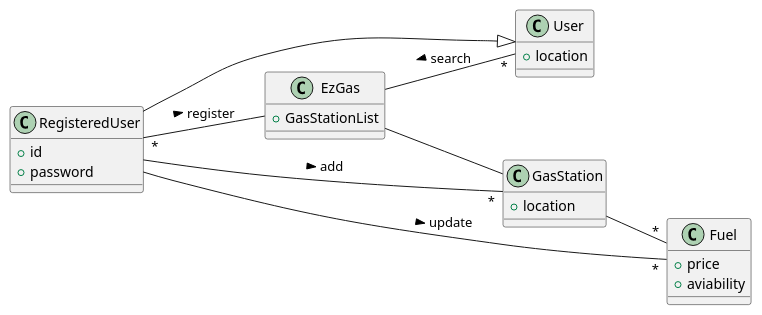
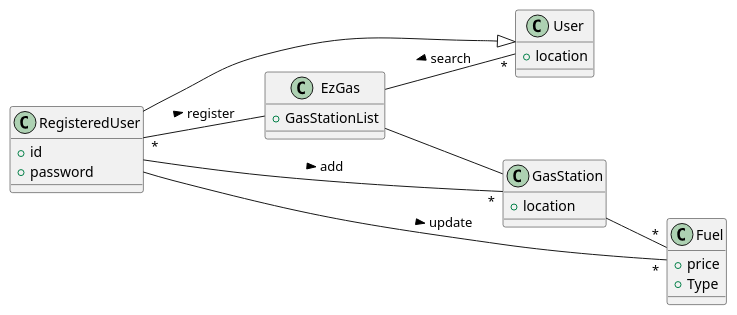
Before and after one commit to MattiaRiola/ezgas: the third of 5 diagrams in docs/RequirementsDocument.md, drawn with PlantUML. The commit also changed other lines of this file, not shown here.

Commit message:
fix: sobstitute fuel avaiability with fuel type in glossary

````diff
--- a/docs/RequirementsDocument.md
+++ b/docs/RequirementsDocument.md
@@ -310,30 +310,30 @@
 ```plantuml
 @startuml
 left to right direction
 Class User {
 	+ location
 }
 Class RegisteredUser {
 	+ id
 	+ password
 }
 Class EzGas {
 	+ GasStationList
 }
 Class GasStation{
 	+ location
 }
 Class Fuel{
 	+ price
-	+ aviability
+	+ Type
 }
 GasStation -- "*" Fuel
 RegisteredUser -|> User
 EzGas -- "*" User : search <
 EzGas -- GasStation
 RegisteredUser -- "*" GasStation : add >
 RegisteredUser -- "*" Fuel : update >
 RegisteredUser "*" -- EzGas : register >
 @enduml
 
 ```
````
